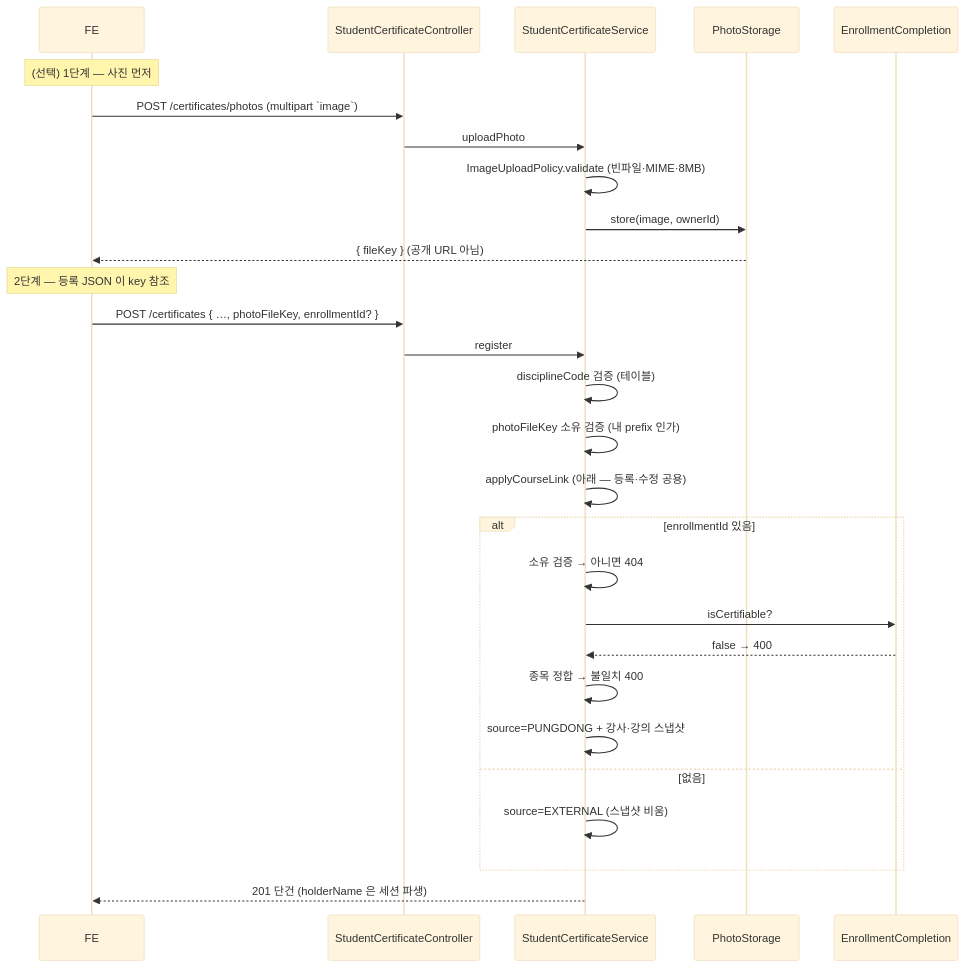
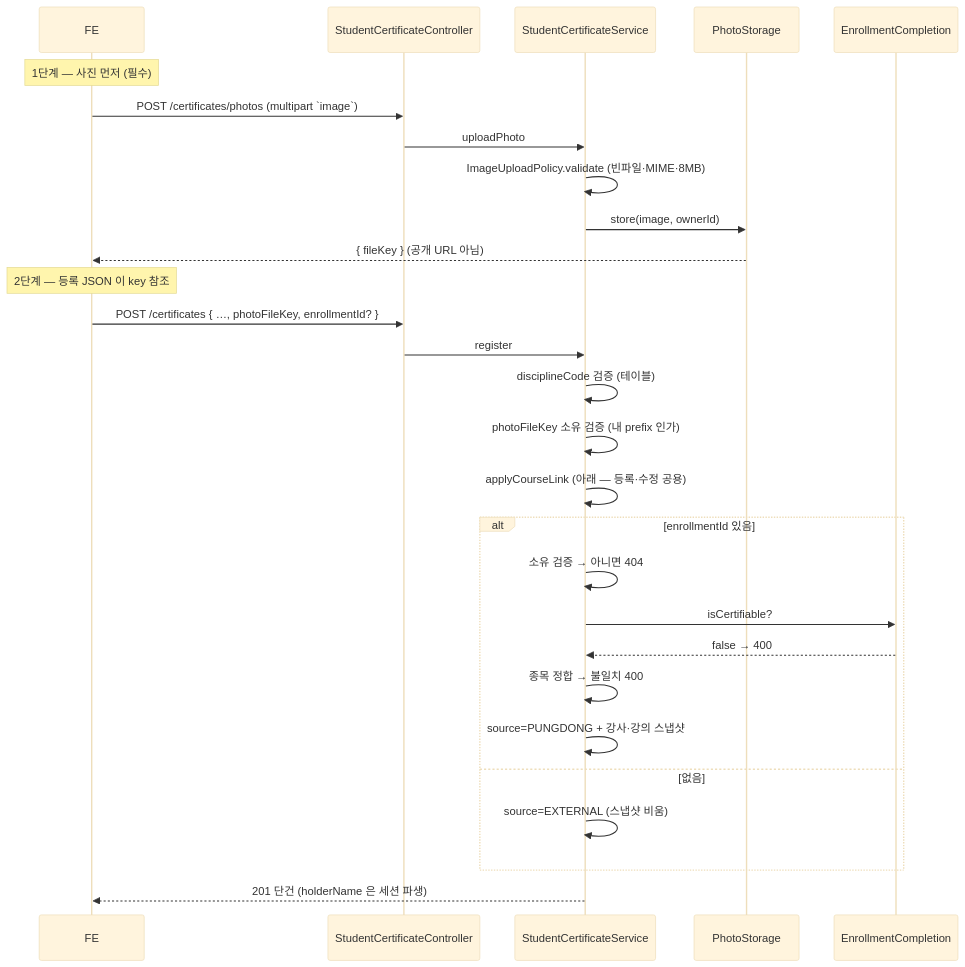
One commit to pungdong/Pungdong-Backend changed the third of 4 diagrams in docs/architecture/certificate.md. Above: the diagram before and after it, drawn with Mermaid (base theme). The commit also changed other lines of this file and 7 other files, not shown here.

````diff
--- a/docs/architecture/certificate.md
+++ b/docs/architecture/certificate.md
@@ -130,32 +131,32 @@
 ```mermaid
 sequenceDiagram
     participant FE
     participant Ctl as StudentCertificateController
     participant Svc as StudentCertificateService
     participant Store as PhotoStorage
     participant Enroll as EnrollmentCompletion
 
-    Note over FE: (선택) 1단계 — 사진 먼저
+    Note over FE: 1단계 — 사진 먼저 (필수)
     FE->>Ctl: POST /certificates/photos (multipart `image`)
     Ctl->>Svc: uploadPhoto
     Svc->>Svc: ImageUploadPolicy.validate (빈파일·MIME·8MB)
     Svc->>Store: store(image, ownerId)
     Store-->>FE: { fileKey } (공개 URL 아님)
 
     Note over FE: 2단계 — 등록 JSON 이 key 참조
     FE->>Ctl: POST /certificates { …, photoFileKey, enrollmentId? }
     Ctl->>Svc: register
     Svc->>Svc: disciplineCode 검증 (테이블)
     Svc->>Svc: photoFileKey 소유 검증 (내 prefix 인가)
     Svc->>Svc: applyCourseLink (아래 — 등록·수정 공용)
     alt enrollmentId 있음
         Svc->>Svc: 소유 검증 → 아니면 404
         Svc->>Enroll: isCertifiable?
         Enroll-->>Svc: false → 400
         Svc->>Svc: 종목 정합 → 불일치 400
         Svc->>Svc: source=PUNGDONG + 강사·강의 스냅샷
     else 없음
         Svc->>Svc: source=EXTERNAL (스냅샷 비움)
     end
     Svc-->>FE: 201 단건 (holderName 은 세션 파생)
 ```
````
